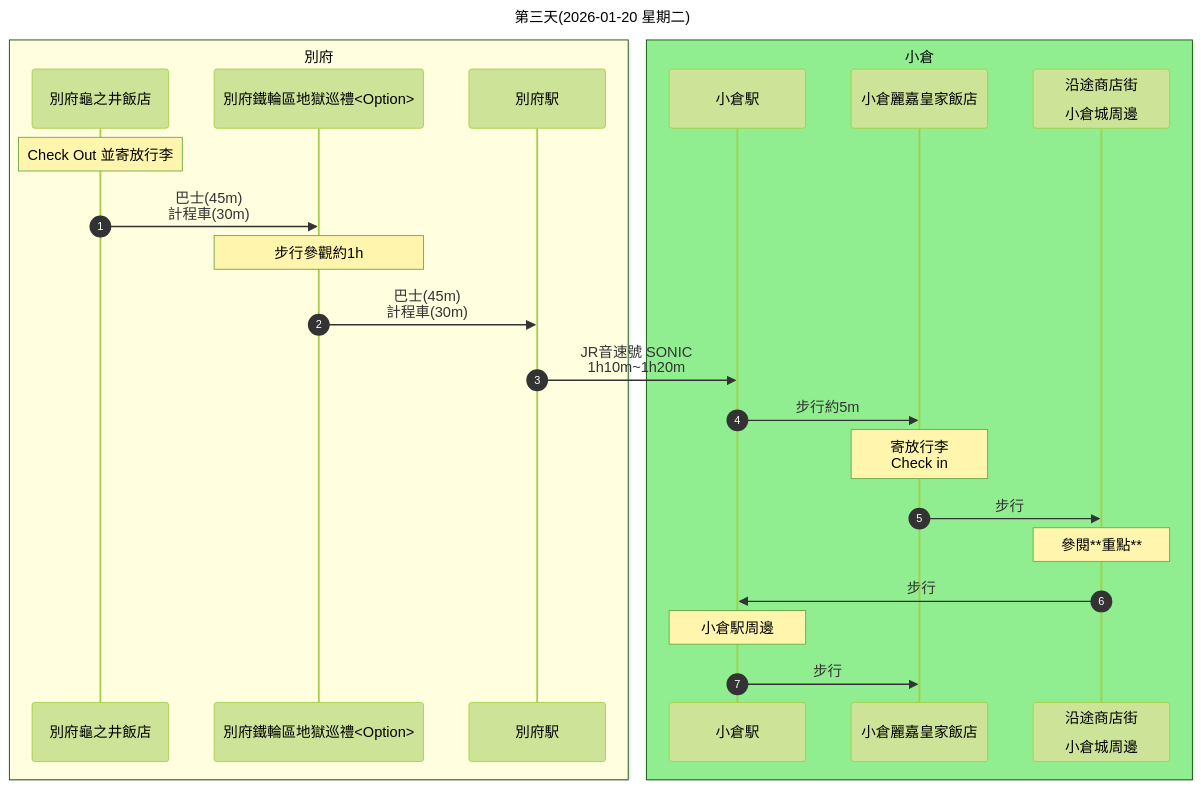
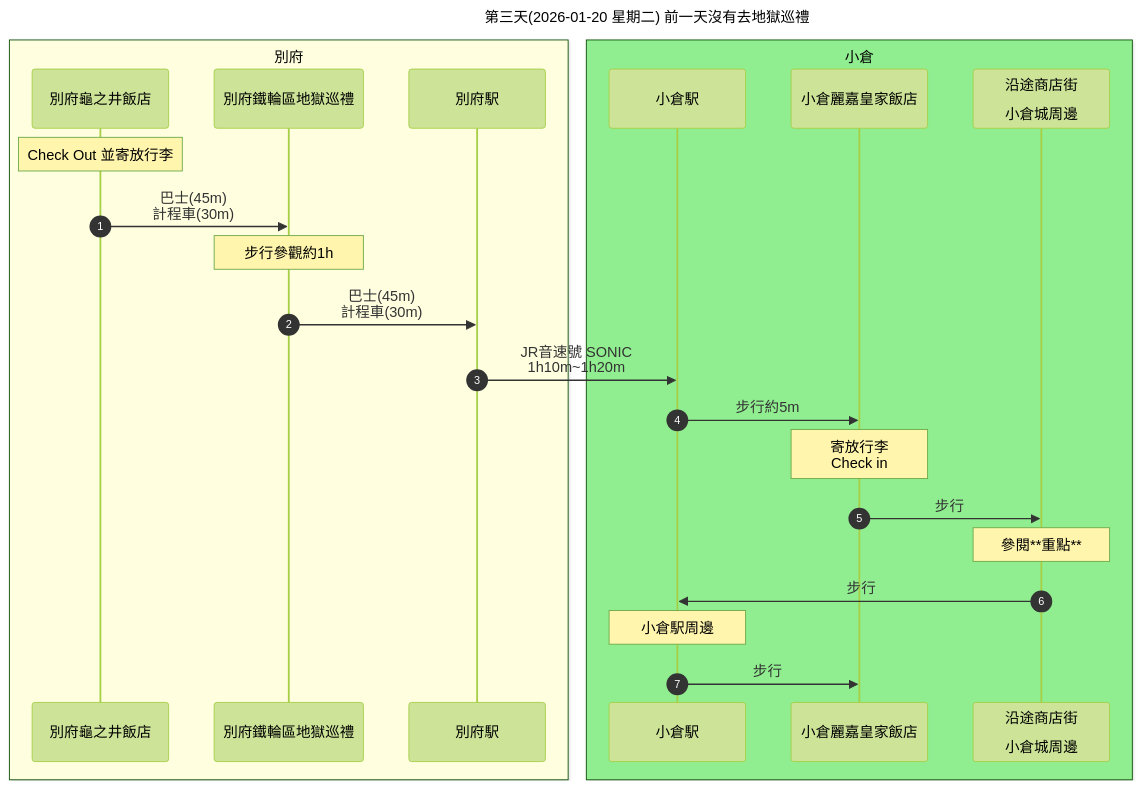
One commit to Shuming-Yang/2026-January-Trip changed the fourth of 14 diagrams in 行程規劃A.md. Above: the diagram before and after it, drawn with Mermaid (forest theme). The commit also changed other lines of this file, not shown here.

````diff
--- a/行程規劃A.md
+++ b/行程規劃A.md
@@ -127,28 +129,28 @@
 ```mermaid
 sequenceDiagram
     autonumber
-    title: 第三天(2026-01-20 星期二)
+    title: 第三天(2026-01-20 星期二) 前一天沒有去地獄巡禮
     box lightyellow 別府
     participant A as 別府龜之井飯店
-    participant B as 別府鐵輪區地獄巡禮<Option>
+    participant B as 別府鐵輪區地獄巡禮
     participant C as 別府駅
     end
     box lightgreen 小倉
     participant D as 小倉駅
     participant E as 小倉麗嘉皇家飯店
     participant F as 沿途商店街<br><br>小倉城周邊
     end
     Note over A: Check Out 並寄放行李
     A ->> B: 巴士(45m)<br>計程車(30m)
     Note over B: 步行參觀約1h
     B ->> C: 巴士(45m)<br>計程車(30m)
     C ->> D: JR音速號 SONIC<br>1h10m~1h20m
     D ->> E: 步行約5m
     Note over E: 寄放行李<br>Check in
     E ->> F: 步行
     Note over F: 參閱**重點**
     F ->> D: 步行
     Note over D: 小倉駅周邊
     D ->> E: 步行
 
 ```
````
